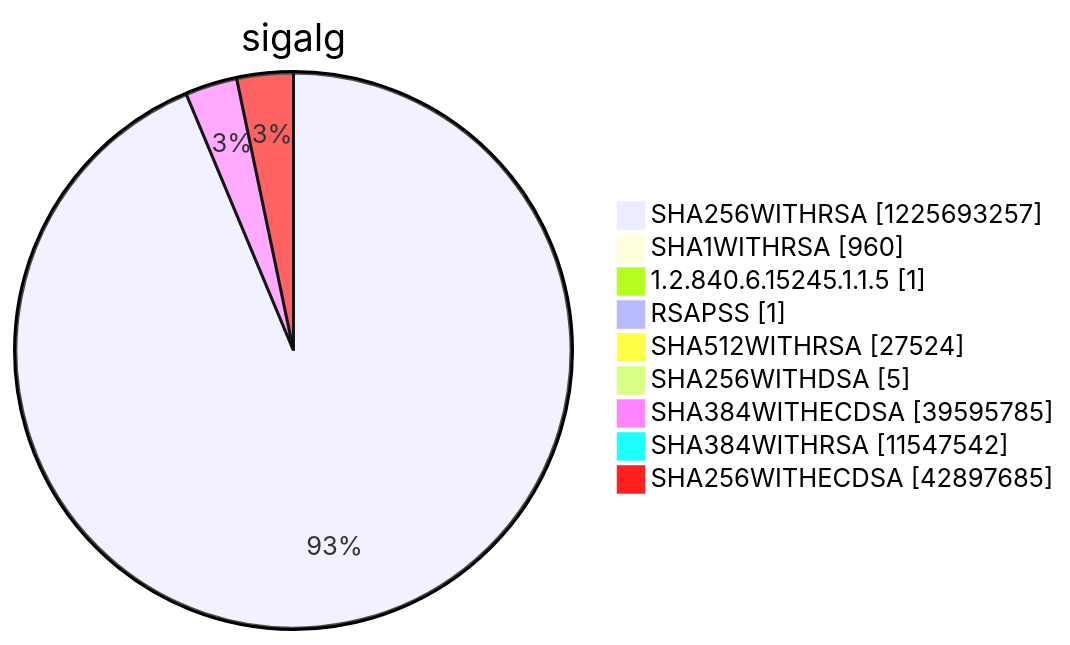
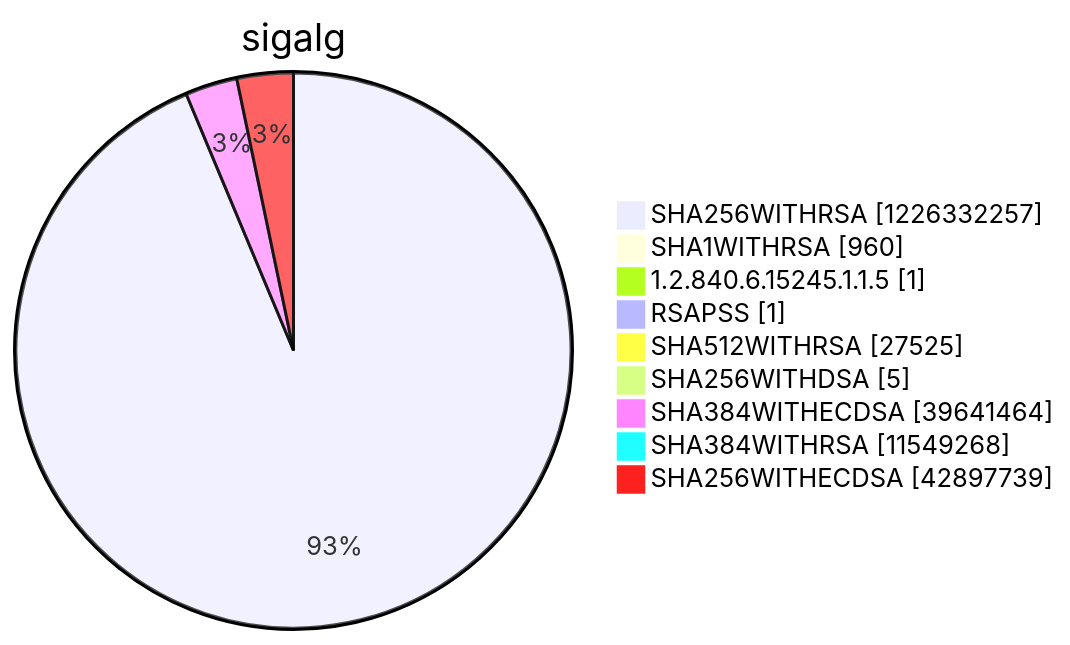
Before and after one commit to christiankrug/ctmonitor_visualization: diagram 15 of 15 in argon2022/README.md, drawn with Mermaid. The commit also changed other lines of this file, not shown here.

````diff
--- a/argon2022/README.md
+++ b/argon2022/README.md
@@ -5521,13 +5521,13 @@
 ```mermaid
 pie showData
 title sigalg
-"SHA256WITHRSA" :1225693257
+"SHA256WITHRSA" :1226332257
 "SHA1WITHRSA" :960
 "1.2.840.6.15245.1.1.5" :1
 "RSAPSS" :1
-"SHA512WITHRSA" :27524
+"SHA512WITHRSA" :27525
 "SHA256WITHDSA" :5
-"SHA384WITHECDSA" :39595785
-"SHA384WITHRSA" :11547542
-"SHA256WITHECDSA" :42897685
+"SHA384WITHECDSA" :39641464
+"SHA384WITHRSA" :11549268
+"SHA256WITHECDSA" :42897739
 ```
````
